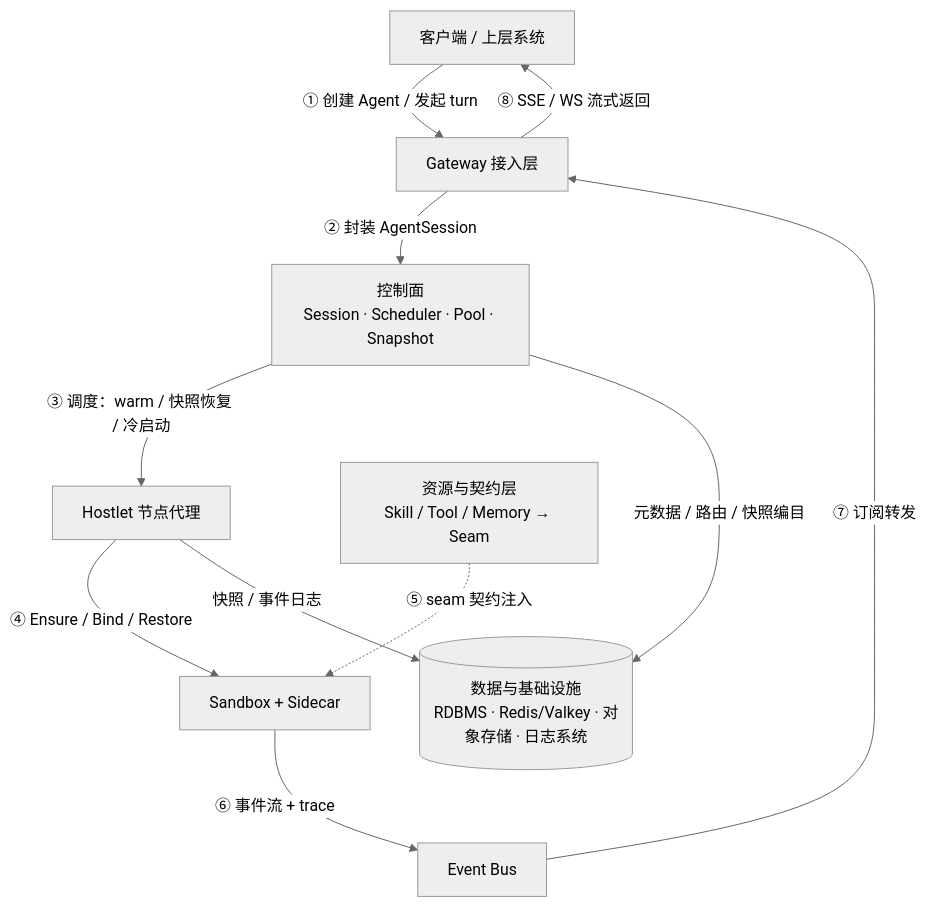
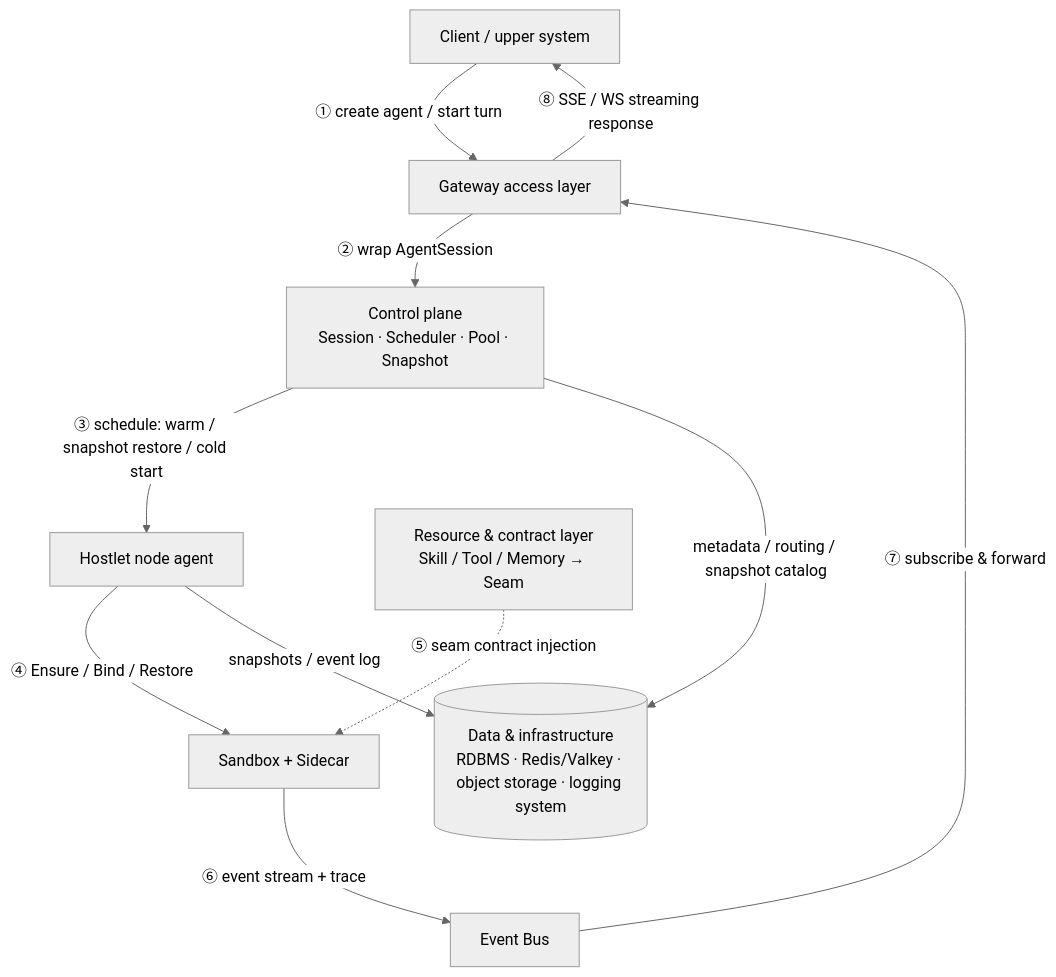
One commit to Woody-Hu/whirlwind changed the first of 4 diagrams in agent-runtime-architecture.md. Above: the diagram before and after it, drawn with Mermaid (neutral theme). The commit also changed other lines of this file and 4 other files, not shown here.

Commit message:
feat: Agent System Development Plan

````diff
--- a/agent-runtime-architecture.md
+++ b/agent-runtime-architecture.md
@@ -106,22 +75,22 @@
 ```mermaid
 flowchart TB
-  client["客户端 / 上层系统"]
-  gw["Gateway 接入层"]
-  cp["控制面<br/>Session · Scheduler · Pool · Snapshot"]
-  hl["Hostlet 节点代理"]
+  client["Client / upper system"]
+  gw["Gateway access layer"]
+  cp["Control plane<br/>Session · Scheduler · Pool · Snapshot"]
+  hl["Hostlet node agent"]
   sb["Sandbox + Sidecar"]
   bus["Event Bus"]
-  res["资源与契约层<br/>Skill / Tool / Memory → Seam"]
-  store[("数据与基础设施<br/>RDBMS · Redis/Valkey · 对象存储 · 日志系统")]
+  res["Resource & contract layer<br/>Skill / Tool / Memory → Seam"]
+  store[("Data & infrastructure<br/>RDBMS · Redis/Valkey · object storage · logging system")]
 
-  client -- "① 创建 Agent / 发起 turn" --> gw
-  gw -- "② 封装 AgentSession" --> cp
-  cp -- "③ 调度：warm / 快照恢复 / 冷启动" --> hl
+  client -- "① create agent / start turn" --> gw
+  gw -- "② wrap AgentSession" --> cp
+  cp -- "③ schedule: warm / snapshot restore / cold start" --> hl
   hl -- "④ Ensure / Bind / Restore" --> sb
-  res -. "⑤ seam 契约注入" .-> sb
-  sb -- "⑥ 事件流 + trace" --> bus
-  bus -- "⑦ 订阅转发" --> gw
-  gw -- "⑧ SSE / WS 流式返回" --> client
-  cp -- "元数据 / 路由 / 快照编目" --> store
-  hl -- "快照 / 事件日志" --> store
+  res -. "⑤ seam contract injection" .-> sb
+  sb -- "⑥ event stream + trace" --> bus
+  bus -- "⑦ subscribe & forward" --> gw
+  gw -- "⑧ SSE / WS streaming response" --> client
+  cp -- "metadata / routing / snapshot catalog" --> store
+  hl -- "snapshots / event log" --> store
 ```
````
